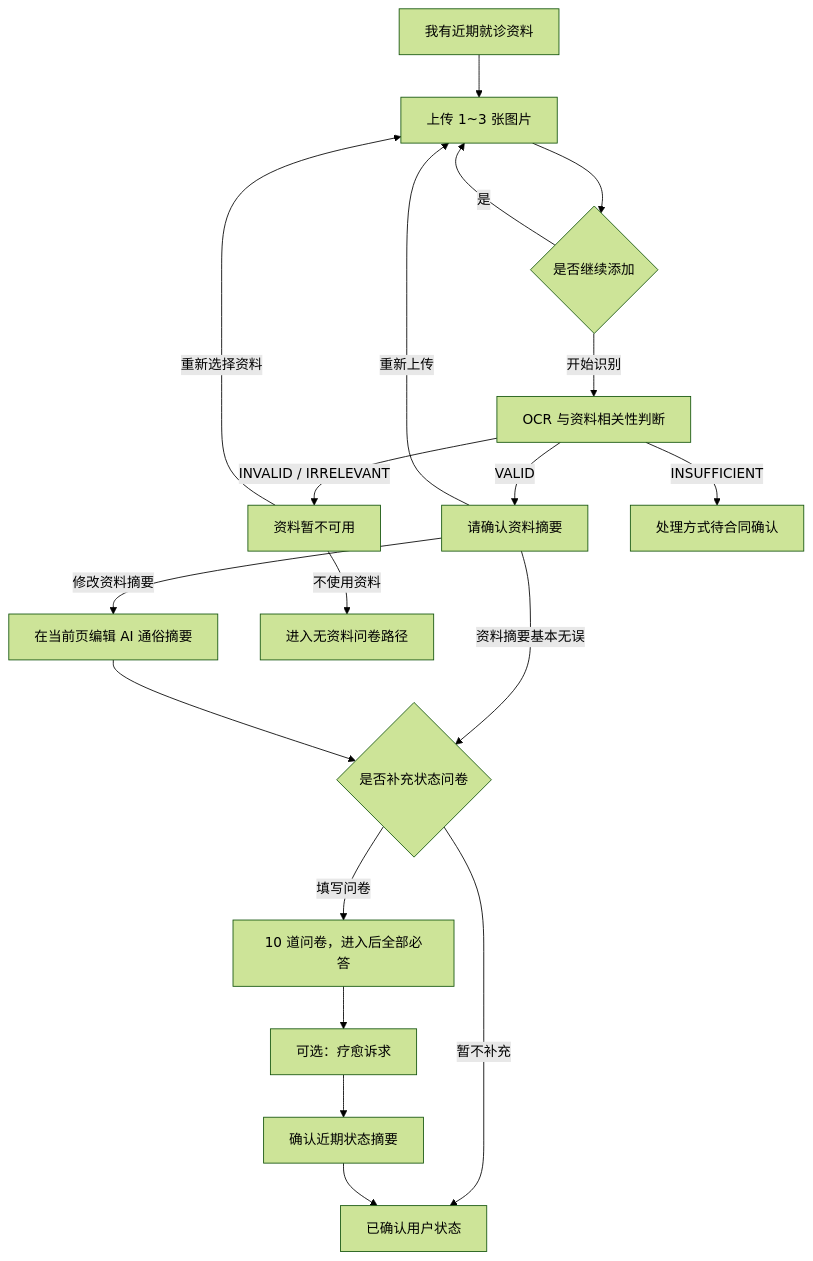
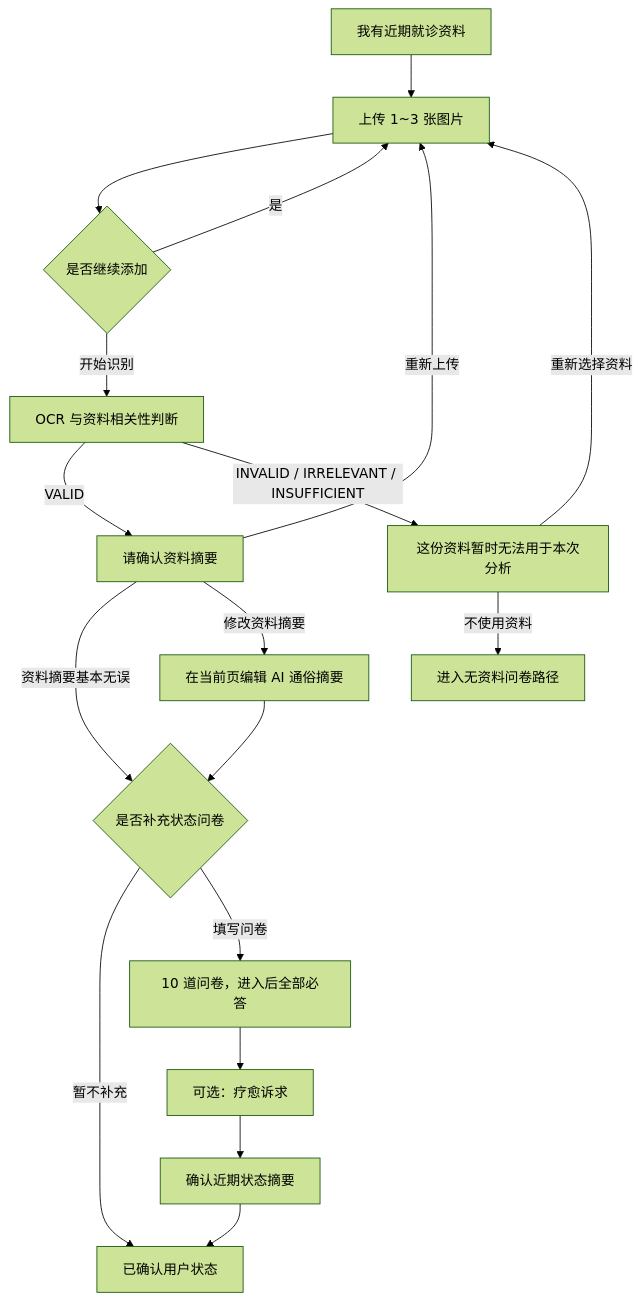
Before and after one commit to chenjz111/HarmonyAI: the second of 3 diagrams in docs/product/app-v3.1-provisional-owner-flow.md, drawn with Mermaid (forest theme). The commit also changed other lines of this file and 4 other files, not shown here.

````diff
--- a/docs/product/app-v3.1-provisional-owner-flow.md
+++ b/docs/product/app-v3.1-provisional-owner-flow.md
@@ -40,21 +40,20 @@
 ```mermaid
 flowchart TD
     A[我有近期就诊资料] --> B[上传 1~3 张图片]
     B --> C{是否继续添加}
     C -->|是| B
     C -->|开始识别| D[OCR 与资料相关性判断]
     D -->|VALID| E[请确认资料摘要]
-    D -->|INVALID / IRRELEVANT| F[资料暂不可用]
-    D -->|INSUFFICIENT| G[处理方式待合同确认]
+    D -->|INVALID / IRRELEVANT / INSUFFICIENT| F[这份资料暂时无法用于本次分析]
     E -->|资料摘要基本无误| H{是否补充状态问卷}
     E -->|修改资料摘要| I[在当前页编辑 AI 通俗摘要]
     I --> H
     E -->|重新上传| B
     F -->|重新选择资料| B
     F -->|不使用资料| J[进入无资料问卷路径]
     H -->|暂不补充| K[已确认用户状态]
     H -->|填写问卷| L[10 道问卷，进入后全部必答]
     L --> M[可选：疗愈诉求]
     M --> N[确认近期状态摘要]
     N --> K
 ```
````
